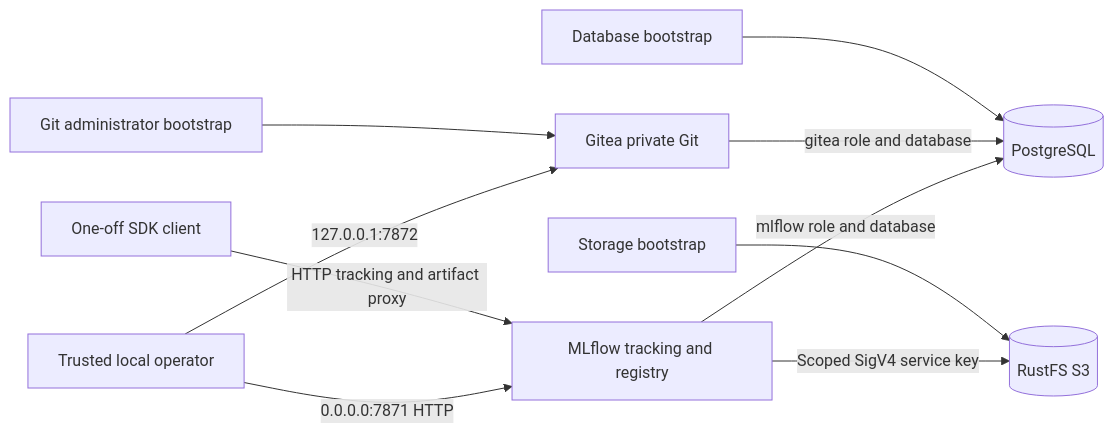
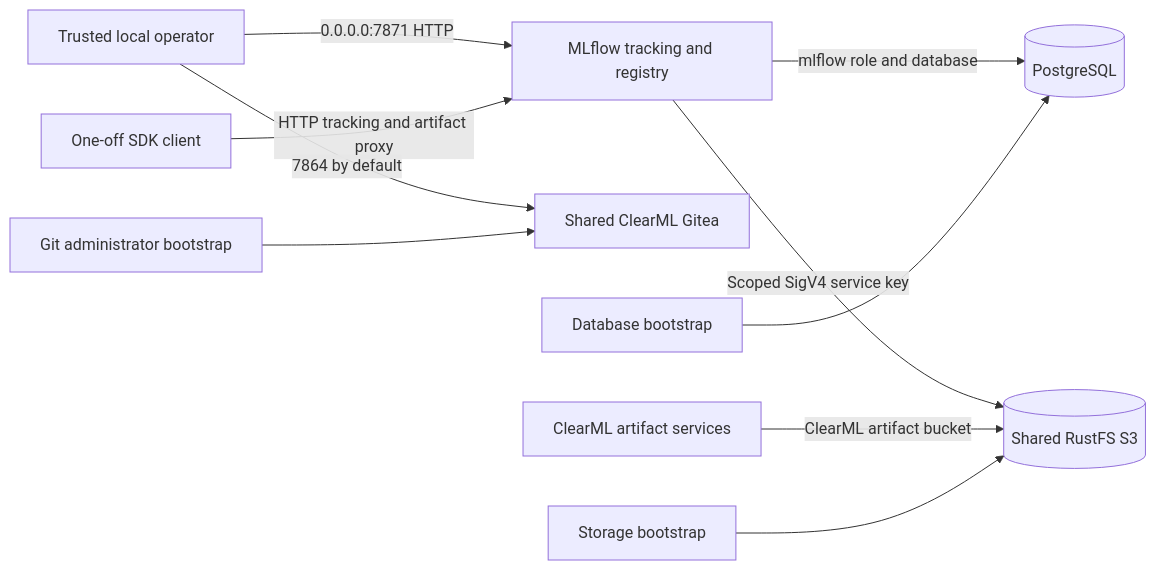
One commit to tungedng2710/TonOps changed the diagram in docs/architecture.md. Above: the diagram before and after it, drawn with Mermaid. The commit also changed other lines of this file and 26 other files, not shown here.

````diff
--- a/docs/architecture.md
+++ b/docs/architecture.md
@@ -3,21 +3,22 @@
 ```mermaid
 flowchart LR
     Host[Trusted local operator]
     Client[One-off SDK client]
     M[MLflow tracking and registry]
-    G[Gitea private Git]
+    G[Shared ClearML Gitea]
     P[(PostgreSQL)]
-    S[(RustFS S3)]
+    S[(Shared RustFS S3)]
+    C[ClearML artifact services]
     DBInit[Database bootstrap]
     S3Init[Storage bootstrap]
     GitInit[Git administrator bootstrap]
     Host -->|0.0.0.0:7871 HTTP| M
-    Host -->|127.0.0.1:7872| G
+    Host -->|7864 by default| G
     Client -->|HTTP tracking and artifact proxy| M
     M -->|mlflow role and database| P
-    G -->|gitea role and database| P
     M -->|Scoped SigV4 service key| S
+    C -->|ClearML artifact bucket| S
     DBInit --> P
     S3Init --> S
     GitInit --> G
 ```
````
